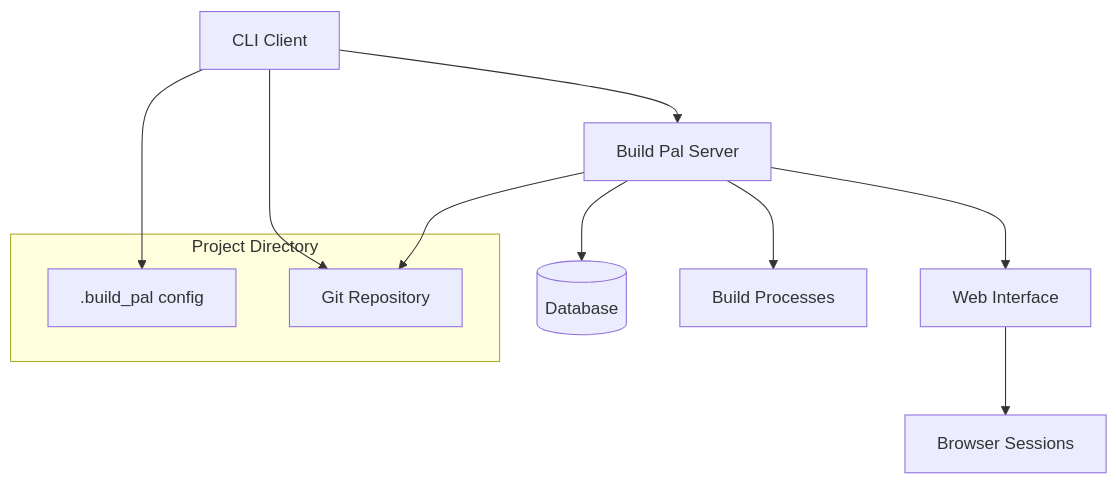
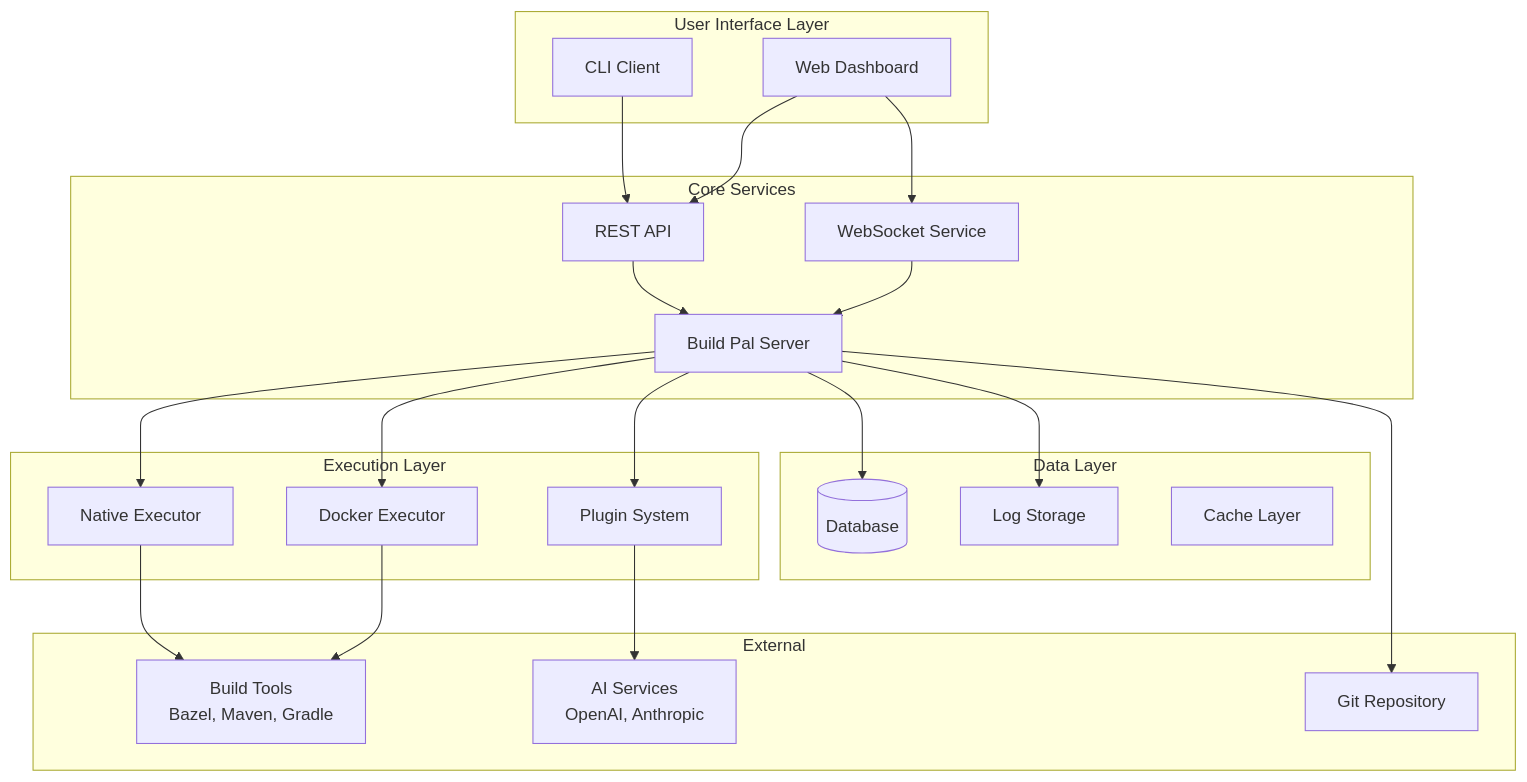
One commit to muchq/MoonBase changed the first of 2 diagrams in .kiro/specs/build-pal/design.md. Above: the diagram before and after it, drawn with Mermaid. The commit also changed other lines of this file and 2 other files, not shown here.

Commit message:
[build_pal] update requirements + spill to design + tasks

````diff
--- a/.kiro/specs/build-pal/design.md
+++ b/.kiro/specs/build-pal/design.md
@@ -17,17 +18,46 @@
 ```mermaid
 graph TB
-    CLI[CLI Client] --> Server[Build Pal Server]
-    Server --> DB[(Database)]
-    Server --> Web[Web Interface]
-    Server --> Proc[Build Processes]
-    Web --> Browser[Browser Sessions]
-    
-    subgraph "Project Directory"
-        Config[.build_pal config]
-        Git[Git Repository]
+    subgraph "User Interface Layer"
+        CLI[CLI Client]
+        Web[Web Dashboard]
     end
     
-    CLI --> Config
-    CLI --> Git
+    subgraph "Core Services"
+        Server[Build Pal Server]
+        API[REST API]
+        WS[WebSocket Service]
+    end
+    
+    subgraph "Execution Layer"
+        Native[Native Executor]
+        Docker[Docker Executor]
+        Plugins[Plugin System]
+    end
+    
+    subgraph "Data Layer"
+        DB[(Database)]
+        Logs[Log Storage]
+        Cache[Cache Layer]
+    end
+    
+    subgraph "External"
+        BuildTools[Build Tools<br/>Bazel, Maven, Gradle]
+        Git[Git Repository]
+        AI[AI Services<br/>OpenAI, Anthropic]
+    end
+    
+    CLI --> API
+    Web --> API
+    Web --> WS
+    API --> Server
+    WS --> Server
+    Server --> Native
+    Server --> Docker
+    Server --> Plugins
+    Server --> DB
+    Server --> Logs
+    Native --> BuildTools
+    Docker --> BuildTools
     Server --> Git
+    Plugins --> AI
 ```
````
